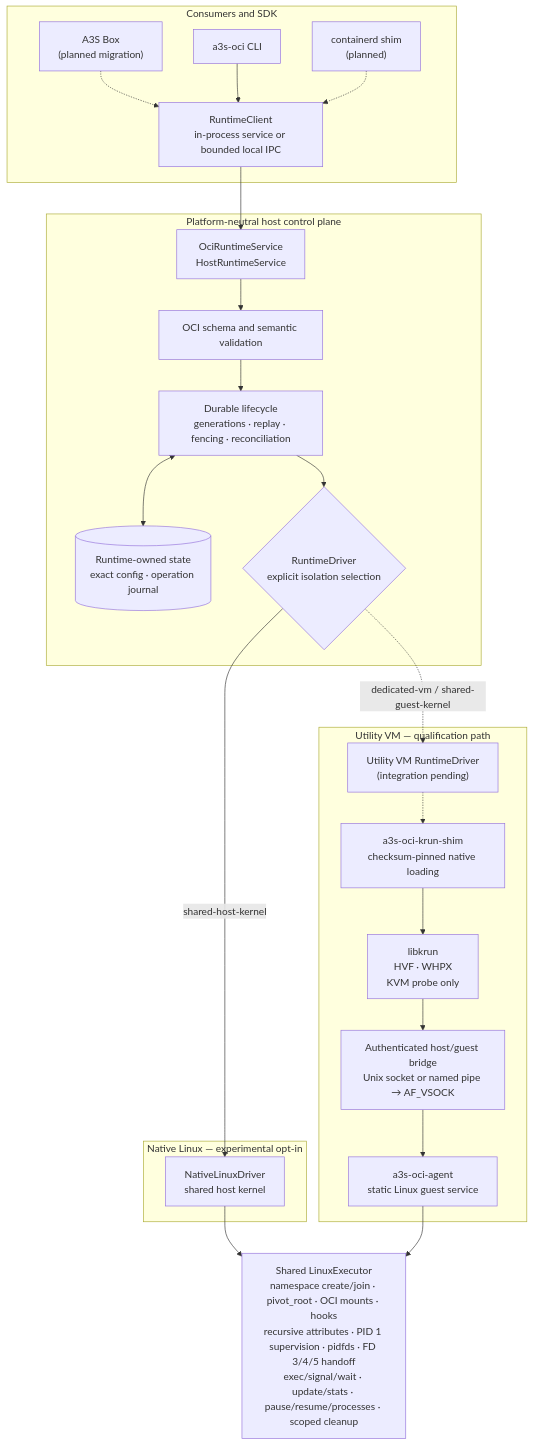
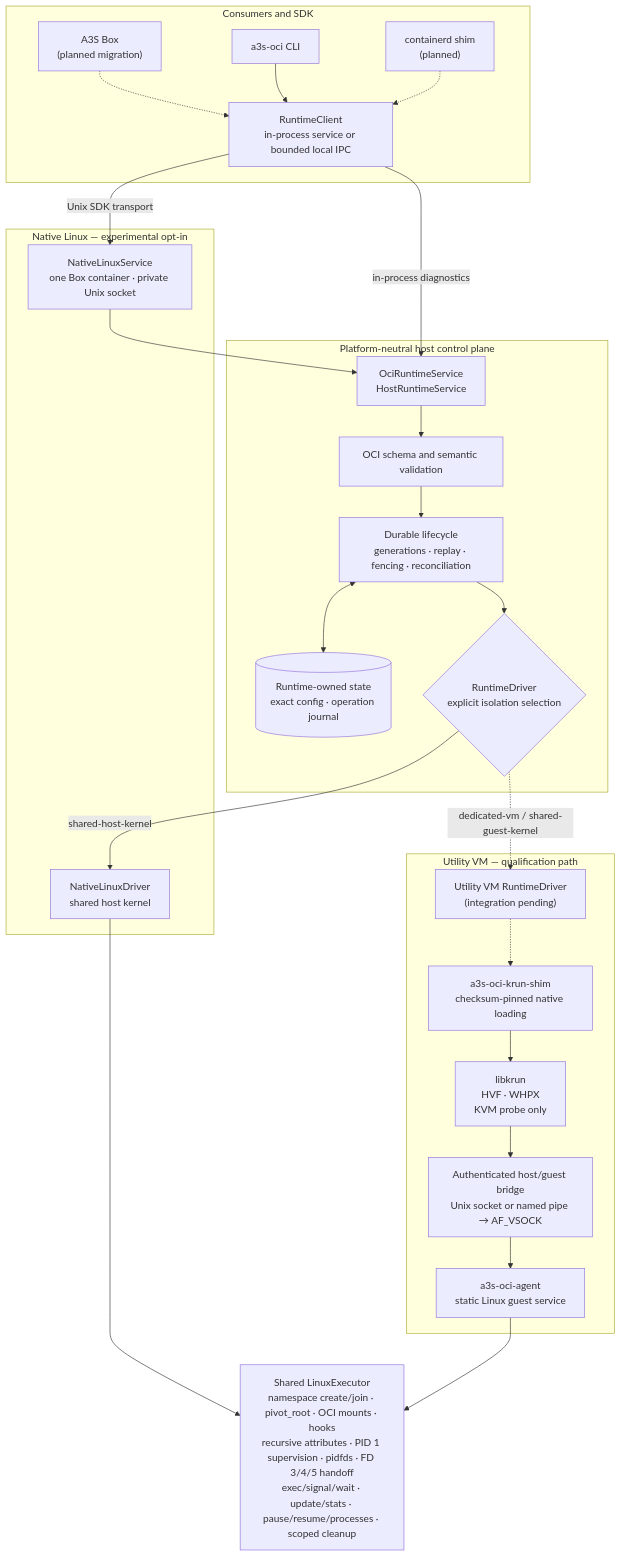
One commit to A3S-Lab/OCI-Runtime changed the diagram in README.md. Above: the diagram before and after it, drawn with Mermaid. The commit also changed other lines of this file and 16 other files, not shown here.

Commit message:
feat(runtime): add native Linux SDK service

````diff
--- a/README.md
+++ b/README.md
@@ -705,46 +748,49 @@
 ```mermaid
 flowchart TB
     subgraph consumers["Consumers and SDK"]
         box["A3S Box<br/>(planned migration)"]
         cli["a3s-oci CLI"]
         containerd["containerd shim<br/>(planned)"]
         client["RuntimeClient<br/>in-process service or bounded local IPC"]
         box -.-> client
         cli --> client
         containerd -.-> client
     end
 
     subgraph control["Platform-neutral host control plane"]
         service["OciRuntimeService<br/>HostRuntimeService"]
         validation["OCI schema and semantic validation"]
         lifecycle["Durable lifecycle<br/>generations · replay · fencing · reconciliation"]
         state[("Runtime-owned state<br/>exact config · operation journal")]
         selection{"RuntimeDriver<br/>explicit isolation selection"}
 
         service --> validation --> lifecycle --> selection
         lifecycle <--> state
     end
 
     subgraph native["Native Linux — experimental opt-in"]
+        native_owner["NativeLinuxService<br/>one Box container · private Unix socket"]
         native_driver["NativeLinuxDriver<br/>shared host kernel"]
     end
 
     subgraph utility["Utility VM — qualification path"]
         utility_driver["Utility VM RuntimeDriver<br/>(integration pending)"]
         shim["a3s-oci-krun-shim<br/>checksum-pinned native loading"]
         hypervisor["libkrun<br/>HVF · WHPX<br/>KVM probe only"]
         bridge["Authenticated host/guest bridge<br/>Unix socket or named pipe → AF_VSOCK"]
         agent["a3s-oci-agent<br/>static Linux guest service"]
 
         utility_driver -.-> shim
         shim --> hypervisor --> bridge --> agent
     end
 
     executor["Shared LinuxExecutor<br/>namespace create/join · pivot_root · OCI mounts · hooks<br/>recursive attributes · PID 1 supervision · pidfds · FD 3/4/5 handoff<br/>exec/signal/wait · update/stats · pause/resume/processes · scoped cleanup"]
 
-    client --> service
+    client -->|"in-process diagnostics"| service
+    client -->|"Unix SDK transport"| native_owner
+    native_owner --> service
     selection -->|"shared-host-kernel"| native_driver
     selection -.->|"dedicated-vm / shared-guest-kernel"| utility_driver
     native_driver --> executor
     agent --> executor
 ```
````
